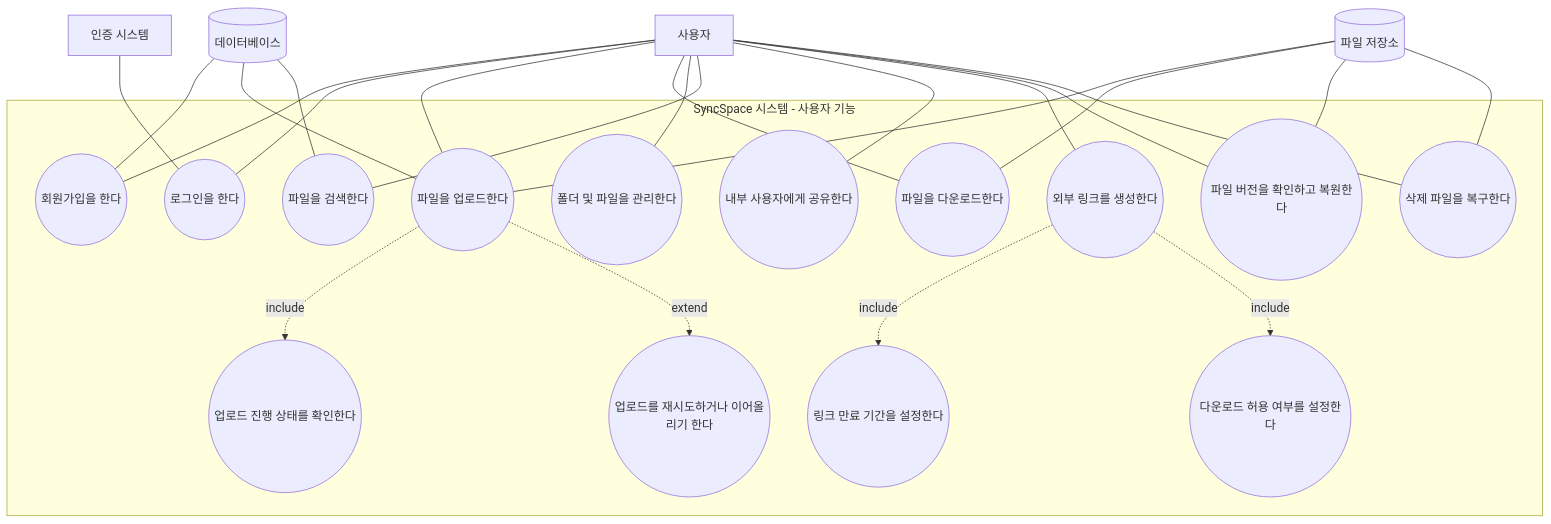
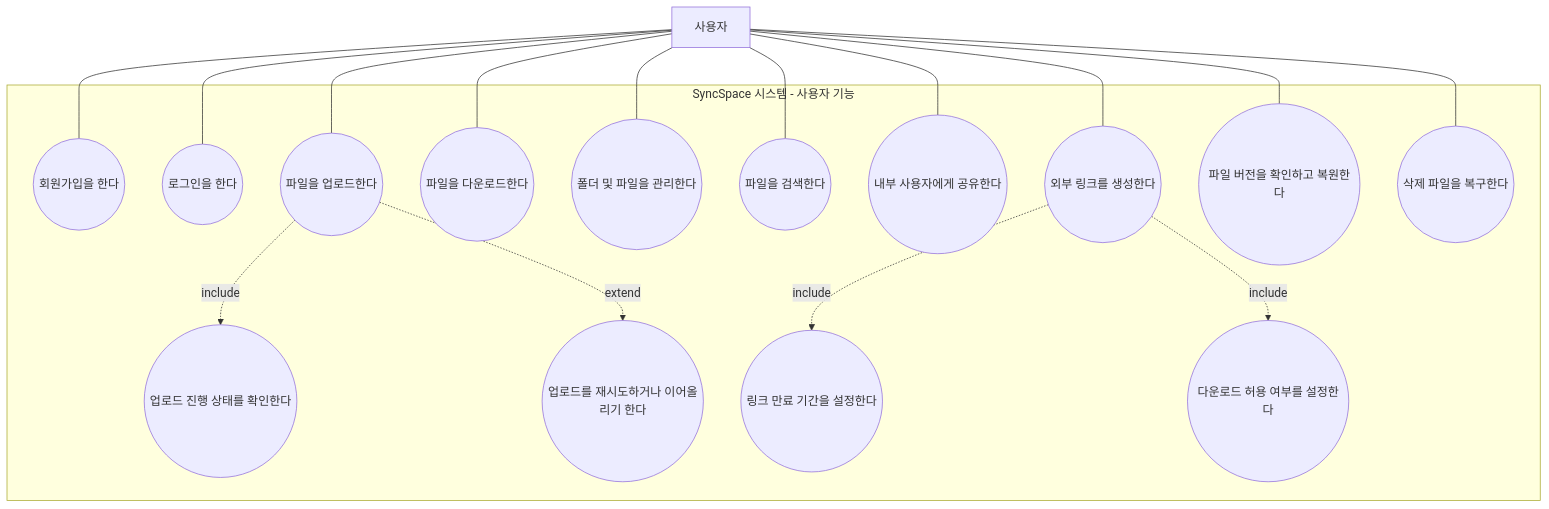
The second of 16 diagrams in doc/requirements_analysis.md (csharon0218/se), drawn with Mermaid before and after one commit. The commit also changed other lines of this file, not shown here.

````diff
--- a/doc/requirements_analysis.md
+++ b/doc/requirements_analysis.md
@@ -156,44 +165,35 @@
 ```mermaid
 flowchart TB
     subgraph S[SyncSpace 시스템 - 사용자 기능]
         U01((회원가입을 한다))
         U02((로그인을 한다))
         U03((파일을 업로드한다))
         U03A((업로드 진행 상태를 확인한다))
         U03B((업로드를 재시도하거나 이어올리기 한다))
         U04((파일을 다운로드한다))
         U05((폴더 및 파일을 관리한다))
         U06((파일을 검색한다))
         U07((내부 사용자에게 공유한다))
         U08((외부 링크를 생성한다))
         U08A((링크 만료 기간을 설정한다))
         U08B((다운로드 허용 여부를 설정한다))
         U09((파일 버전을 확인하고 복원한다))
         U10((삭제 파일을 복구한다))
     end
 
     User[사용자] --- U01
     User --- U02
     User --- U03
     User --- U04
     User --- U05
     User --- U06
     User --- U07
     User --- U08
     User --- U09
     User --- U10
 
-    Auth[인증 시스템] --- U02
-    DB[(데이터베이스)] --- U01
-    DB --- U03
-    DB --- U06
-    Storage[(파일 저장소)] --- U03
-    Storage --- U04
-    Storage --- U09
-    Storage --- U10
-
     U03 -. include .-> U03A
     U03 -. extend .-> U03B
     U08 -. include .-> U08A
     U08 -. include .-> U08B
 ```
````
